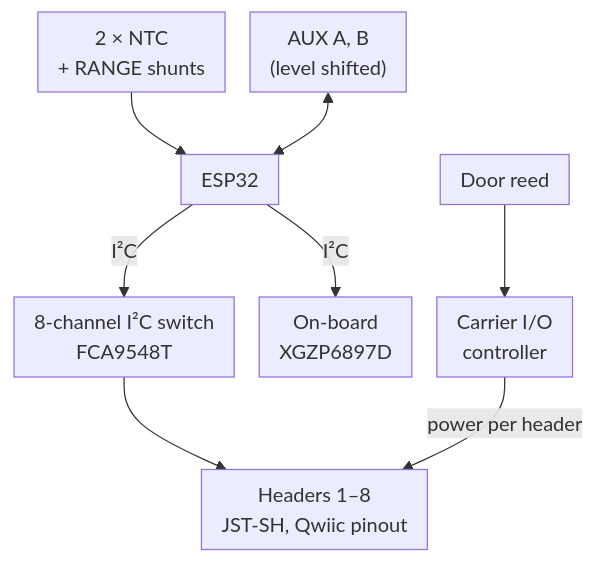
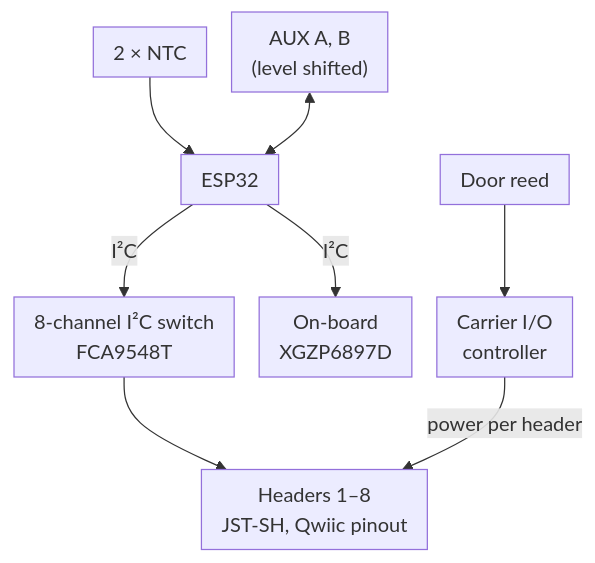
Before and after one commit to BashfulBits/3dp-fleet-exhaust: the tenth of 10 diagrams in docs/02_hardware_specification.md, drawn with Mermaid. The commit also changed other lines of this file and 4 other files, not shown here.

First line of the commit message:
D97: fixed 22k NTC pull-up and a CTRL buffer replace RANGE and STRONG

````diff
--- a/docs/02_hardware_specification.md
+++ b/docs/02_hardware_specification.md
@@ -408,11 +409,11 @@
 ```mermaid
 %%{init: {'flowchart': {'nodeSpacing': 20, 'padding': 8}}}%%
 flowchart TB
   ESP["ESP32"] -->|"I²C"| SW["8-channel I²C switch<br>FCA9548T"]
   ESP -->|"I²C"| XG["On-board<br>XGZP6897D"]
   SW --> H["Headers 1–8<br>JST-SH, Qwiic pinout"]
   PY["Carrier I/O<br>controller"] -->|"power per header"| H
-  NTC["2 × NTC<br>+ RANGE shunts"] --> ESP
+  NTC["2 × NTC"] --> ESP
   DOOR["Door reed"] --> PY
   AUX["AUX A, B<br>(level shifted)"] <--> ESP
 ```
````
